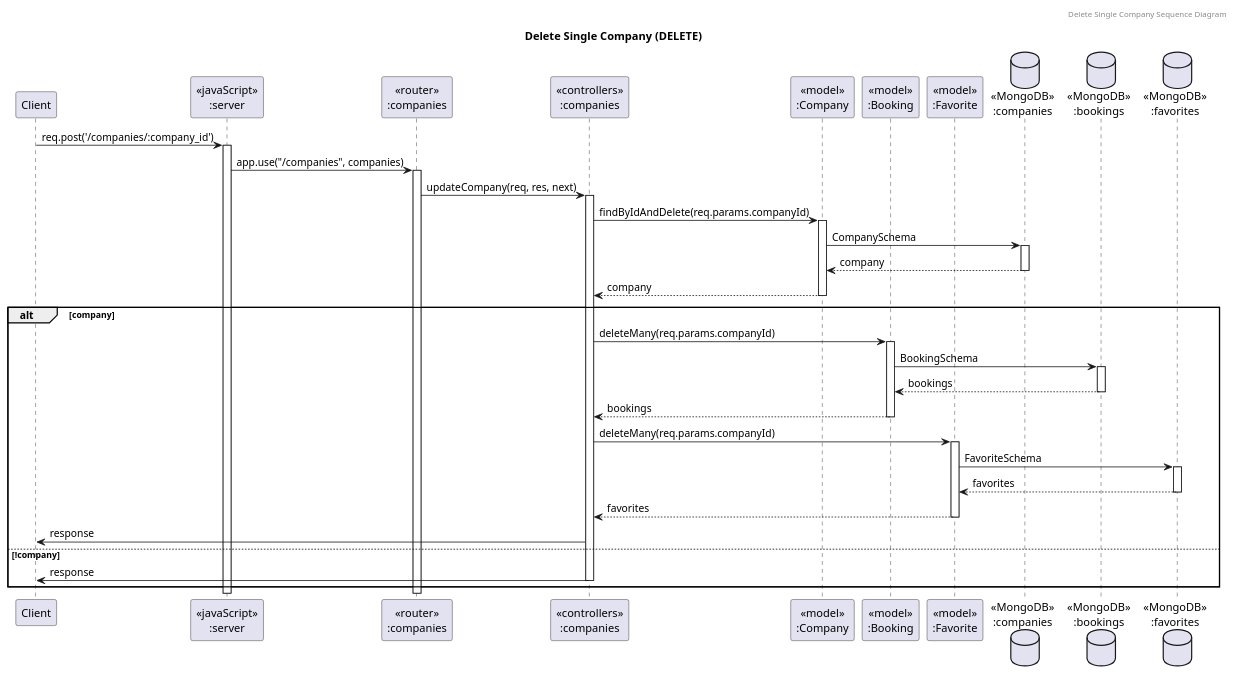
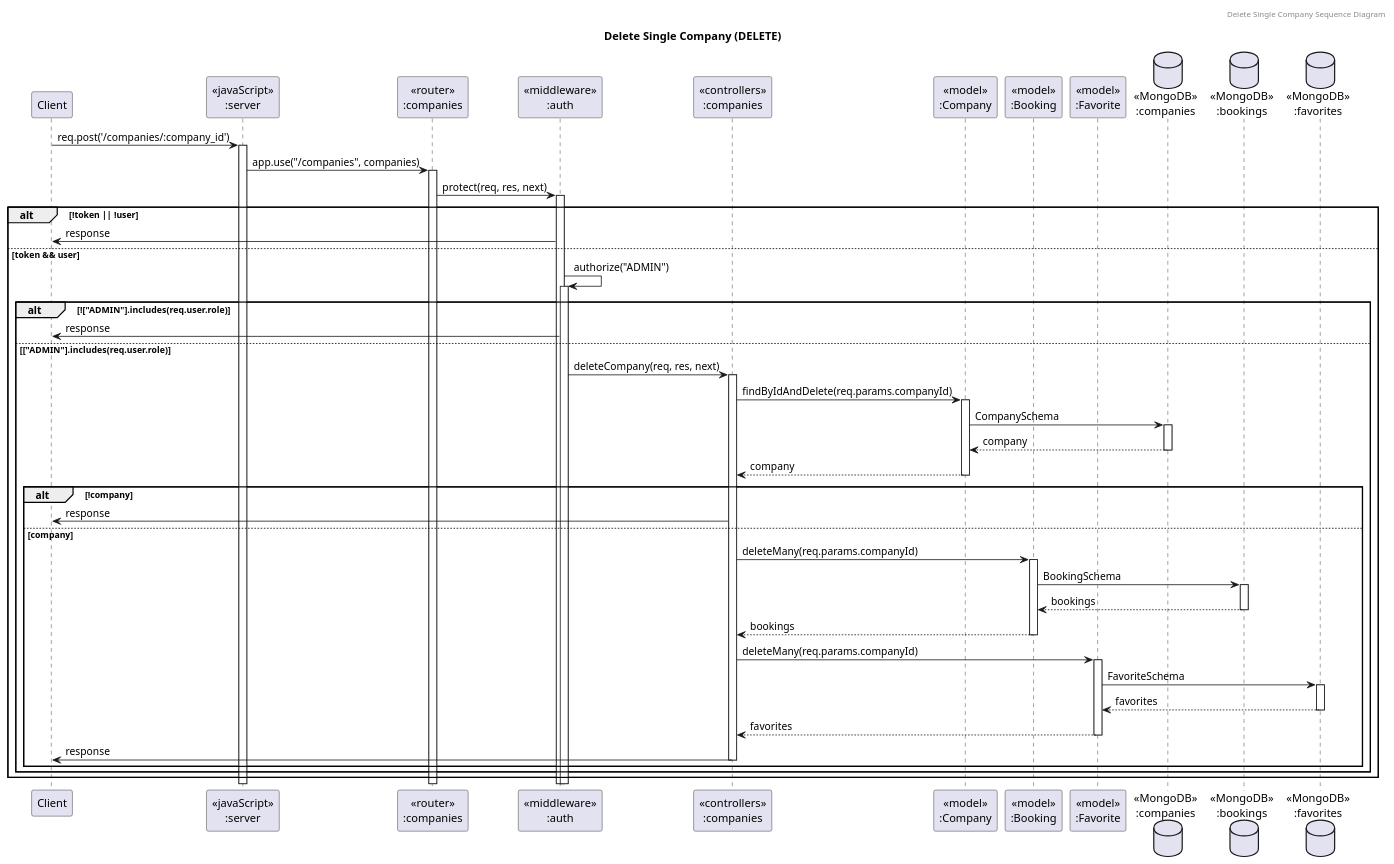
Before and after one commit to its144prelationship-study/swdevprac-project: the diagram in diagrams/sequence_diagram/company/delete_single_company.puml, drawn with PlantUML. The commit also changed 14 other files, not shown here.

Commit message:
fix: fix company sequence diagram

```diff
--- a/diagrams/sequence_diagram/company/delete_single_company.puml
+++ b/diagrams/sequence_diagram/company/delete_single_company.puml
@@ -1,37 +1,49 @@
 @startuml Delete Single Company (DELETE)
 
 header Delete Single Company Sequence Diagram
 title "Delete Single Company (DELETE)"
 
 participant "Client" as client
 participant "<<javaScript>>\n:server" as server
 participant "<<router>>\n:companies" as routerCompanies
+participant "<<middleware>>\n:auth" as authMiddleware
 participant "<<controllers>>\n:companies" as controllersCompanies
 participant "<<model>>\n:Company" as modelCompanies
 participant "<<model>>\n:Booking" as modelBookings
 participant "<<model>>\n:Favorite" as modelFavorites
 database "<<MongoDB>>\n:companies" as CompaniesDatabase
 database "<<MongoDB>>\n:bookings" as BookingsDatabase
 database "<<MongoDB>>\n:favorites" as FavoritesDatabase
 
 client -> server ++:req.post('/companies/:company_id')
 server -> routerCompanies ++:app.use("/companies", companies)
-routerCompanies -> controllersCompanies ++:updateCompany(req, res, next)
-controllersCompanies -> modelCompanies ++:findByIdAndDelete(req.params.companyId)
-modelCompanies -> CompaniesDatabase ++: CompanySchema
-CompaniesDatabase --> modelCompanies --: company
-controllersCompanies <-- modelCompanies --: company
-alt company
-    controllersCompanies -> modelBookings ++:deleteMany(req.params.companyId)
-    modelBookings -> BookingsDatabase ++: BookingSchema
-    BookingsDatabase --> modelBookings --: bookings
-    controllersCompanies <-- modelBookings --: bookings
-    controllersCompanies -> modelFavorites ++:deleteMany(req.params.companyId)
-    modelFavorites -> FavoritesDatabase ++: FavoriteSchema
-    FavoritesDatabase --> modelFavorites --: favorites
-    controllersCompanies <-- modelFavorites --: favorites
-    controllersCompanies -> client : response
-else !company
-    controllersCompanies -> client --: response
+routerCompanies -> authMiddleware ++:protect(req, res, next)
+alt !token || !user
+    authMiddleware -> client :response
+else token && user
+    authMiddleware -> authMiddleware ++:authorize("ADMIN")
+    alt !["ADMIN"].includes(req.user.role)
+        authMiddleware -> client :response
+    else ["ADMIN"].includes(req.user.role)
+        authMiddleware -> controllersCompanies ++:deleteCompany(req, res, next)
+        controllersCompanies -> modelCompanies ++:findByIdAndDelete(req.params.companyId)
+        modelCompanies -> CompaniesDatabase ++: CompanySchema
+        CompaniesDatabase --> modelCompanies --: company
+        controllersCompanies <-- modelCompanies --: company
+        alt !company
+            controllersCompanies -> client : response
+        else company
+            controllersCompanies -> modelBookings ++:deleteMany(req.params.companyId)
+            modelBookings -> BookingsDatabase ++: BookingSchema
+            BookingsDatabase --> modelBookings --: bookings
+            controllersCompanies <-- modelBookings --: bookings
+            controllersCompanies -> modelFavorites ++:deleteMany(req.params.companyId)
+            modelFavorites -> FavoritesDatabase ++: FavoriteSchema
+            FavoritesDatabase --> modelFavorites --: favorites
+            controllersCompanies <-- modelFavorites --: favorites
+            controllersCompanies -> client --: response
+        end
+    end
 end
+
 @enduml
```
